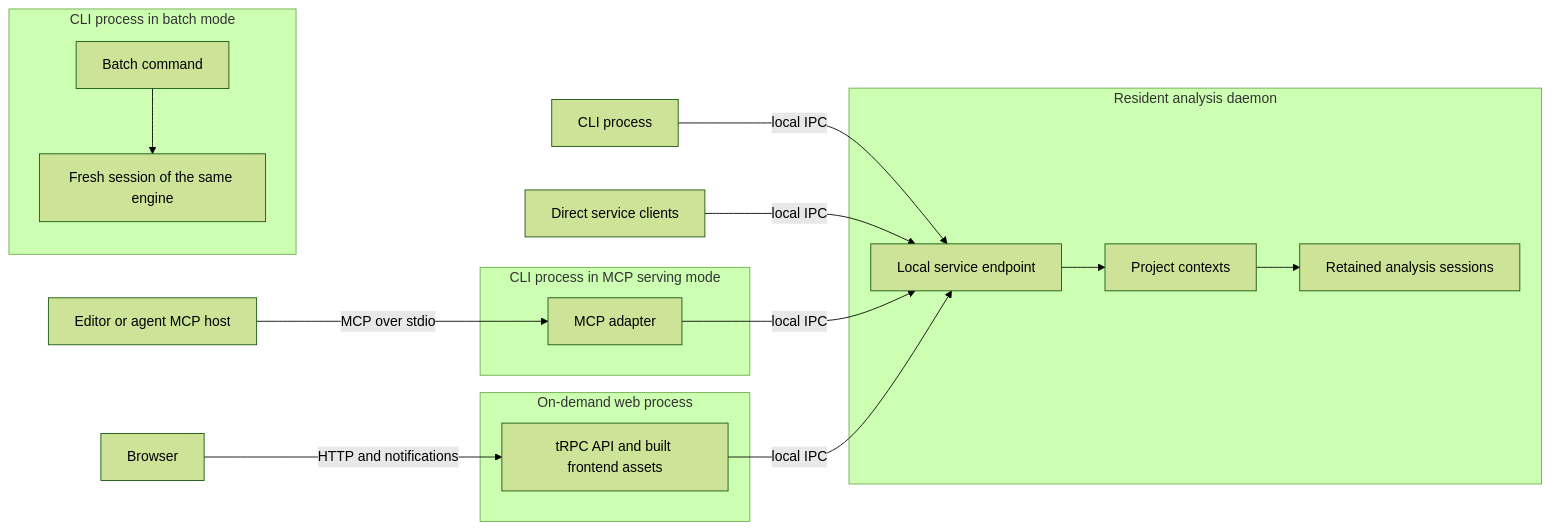
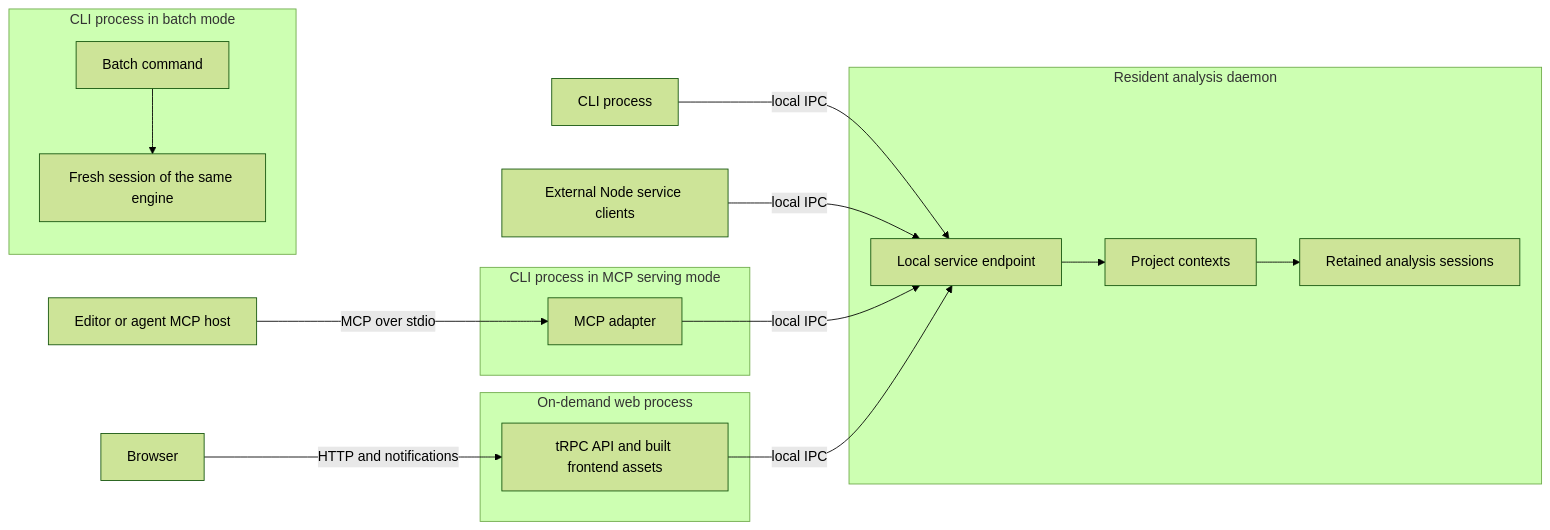
The diagram in docs/architecture/processes-and-clients.md (danmaz74/ramify), drawn with Mermaid (forest theme) before and after one commit. The commit also changed other lines of this file and 13 other files, not shown here.

Commit message:
docs(ramify): define implementation roadmap and daemon lifecycle

````diff
--- a/docs/architecture/processes-and-clients.md
+++ b/docs/architecture/processes-and-clients.md
@@ -15,22 +15,22 @@
 ```mermaid
 flowchart LR
   CLI[CLI process] -->|local IPC| API
-  Native[Direct service clients] -->|local IPC| API
+  Native[External Node service clients] -->|local IPC| API
   Host[Editor or agent MCP host] -->|MCP over stdio| MCP
   subgraph McpProcess[CLI process in MCP serving mode]
     MCP[MCP adapter]
   end
   MCP -->|local IPC| API
   Browser[Browser] -->|HTTP and notifications| Web
   subgraph WebProcess[On-demand web process]
     Web[tRPC API and built frontend assets]
   end
   Web -->|local IPC| API
   subgraph DaemonProcess[Resident analysis daemon]
     API[Local service endpoint] --> Contexts[Project contexts]
     Contexts --> Engine[Retained analysis sessions]
   end
   subgraph BatchProcess[CLI process in batch mode]
     Batch[Batch command] --> Fresh[Fresh session of the same engine]
   end
 ```
````
